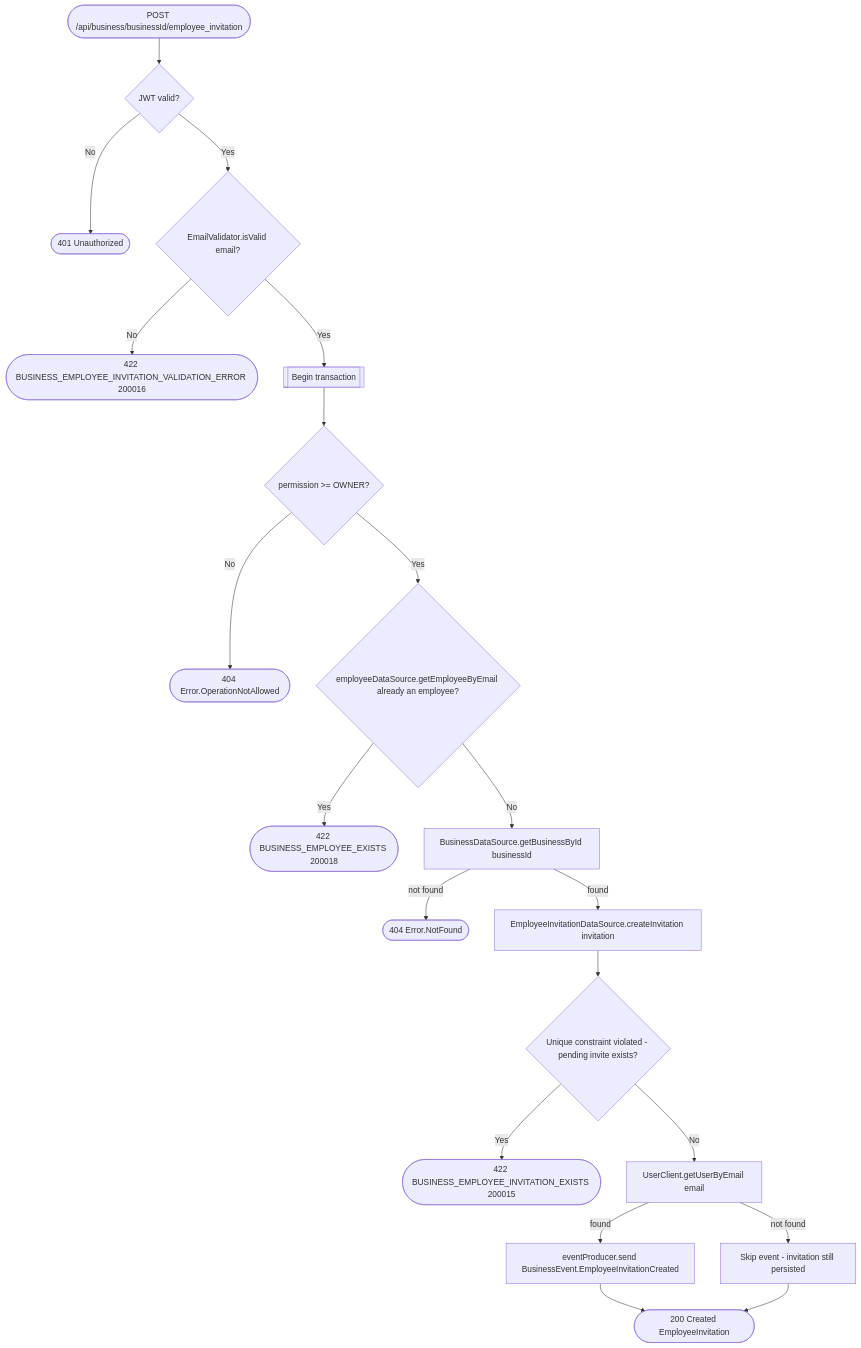
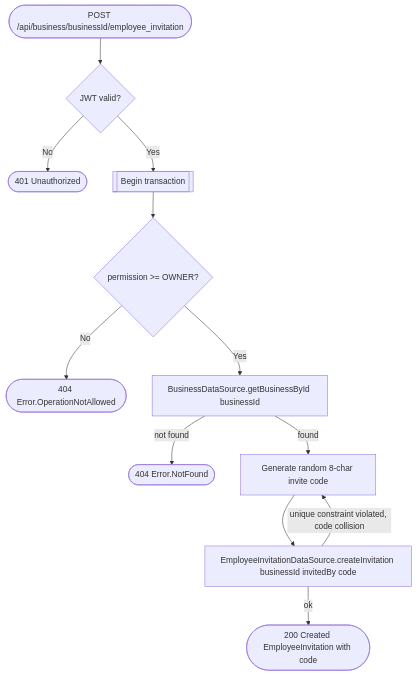
The diagram in docs/operations/business/create-employee-invitation.md (an22/bookk.me-backend), drawn with Mermaid before and after one commit. The commit also changed other lines of this file and 60 other files, not shown here.

Commit message:
[bugfix] move to code invitation system

````diff
--- a/docs/operations/business/create-employee-invitation.md
+++ b/docs/operations/business/create-employee-invitation.md
@@ -11,22 +14,14 @@
 ```mermaid
 flowchart TD
     Start([POST /api/business/businessId/employee_invitation]) --> Auth{JWT valid?}
     Auth -- No --> R401([401 Unauthorized])
-    Auth -- Yes --> EmailCheck{EmailValidator.isValid email?}
-    EmailCheck -- No --> R422a([422 BUSINESS_EMPLOYEE_INVITATION_VALIDATION_ERROR 200016])
-    EmailCheck -- Yes --> Tx[[Begin transaction]]
+    Auth -- Yes --> Tx[[Begin transaction]]
     Tx --> Perm{permission >= OWNER?}
     Perm -- No --> R404a([404 Error.OperationNotAllowed])
-    Perm -- Yes --> EmployeeExists{employeeDataSource.getEmployeeByEmail already an employee?}
-    EmployeeExists -- Yes --> R422b([422 BUSINESS_EMPLOYEE_EXISTS 200018])
-    EmployeeExists -- No --> GetBiz[BusinessDataSource.getBusinessById businessId]
+    Perm -- Yes --> GetBiz[BusinessDataSource.getBusinessById businessId]
     GetBiz -- not found --> R404b([404 Error.NotFound])
-    GetBiz -- found --> CreateInvite[EmployeeInvitationDataSource.createInvitation invitation]
-    CreateInvite --> Constraint{Unique constraint violated - pending invite exists?}
-    Constraint -- Yes --> R422c([422 BUSINESS_EMPLOYEE_INVITATION_EXISTS 200015])
-    Constraint -- No --> LookupUser[UserClient.getUserByEmail email]
-    LookupUser -- found --> Event[eventProducer.send BusinessEvent.EmployeeInvitationCreated]
-    LookupUser -- not found --> Skip[Skip event - invitation still persisted]
-    Event --> R200([200 Created EmployeeInvitation])
-    Skip --> R200
+    GetBiz -- found --> GenCode[Generate random 8-char invite code]
+    GenCode --> CreateInvite[EmployeeInvitationDataSource.createInvitation businessId invitedBy code]
+    CreateInvite -- unique constraint violated, code collision --> GenCode
+    CreateInvite -- ok --> R200([200 Created EmployeeInvitation with code])
 ```
````
